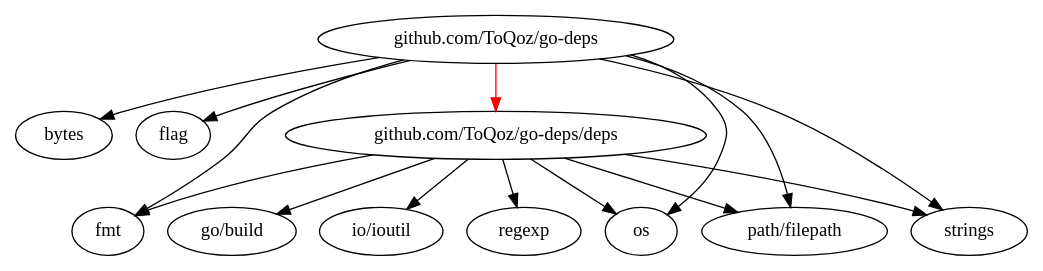
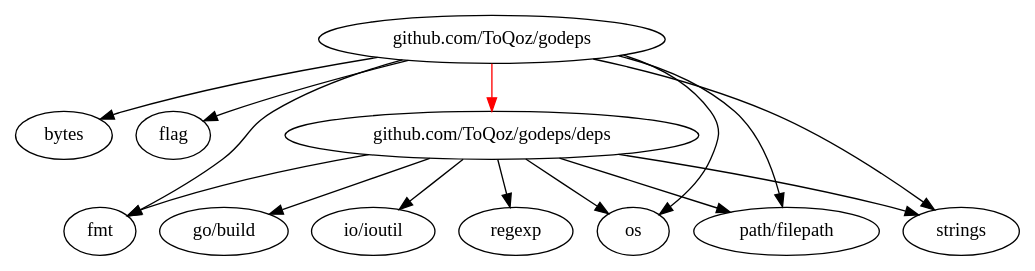
One commit to ToQoz/godeps changed the diagram in go-deps.dot. Above: the diagram before and after it, drawn with Graphviz. The commit also changed 7 other files, not shown here.

Commit message:
Rename pkg `go-deps` to `godeps`

```diff
--- a/go-deps.dot
+++ b/go-deps.dot
@@ -1,17 +1,17 @@
-digraph "go-deps-of-github.com/ToQoz/go-deps" {
+digraph "godeps-of-github.com/ToQoz/godeps" {
     size=13.0;
-    "github.com/ToQoz/go-deps" -> "bytes";
-    "github.com/ToQoz/go-deps" -> "flag";
-    "github.com/ToQoz/go-deps" -> "fmt";
-    "github.com/ToQoz/go-deps" -> "github.com/ToQoz/go-deps/deps"[color=red];
-    "github.com/ToQoz/go-deps/deps" -> "fmt";
-    "github.com/ToQoz/go-deps/deps" -> "go/build";
-    "github.com/ToQoz/go-deps/deps" -> "io/ioutil";
-    "github.com/ToQoz/go-deps/deps" -> "os";
-    "github.com/ToQoz/go-deps/deps" -> "path/filepath";
-    "github.com/ToQoz/go-deps/deps" -> "regexp";
-    "github.com/ToQoz/go-deps/deps" -> "strings";
-    "github.com/ToQoz/go-deps" -> "os";
-    "github.com/ToQoz/go-deps" -> "path/filepath";
-    "github.com/ToQoz/go-deps" -> "strings";
+    "github.com/ToQoz/godeps" -> "bytes";
+    "github.com/ToQoz/godeps" -> "flag";
+    "github.com/ToQoz/godeps" -> "fmt";
+    "github.com/ToQoz/godeps" -> "github.com/ToQoz/godeps/deps"[color=red];
+    "github.com/ToQoz/godeps/deps" -> "fmt";
+    "github.com/ToQoz/godeps/deps" -> "go/build";
+    "github.com/ToQoz/godeps/deps" -> "io/ioutil";
+    "github.com/ToQoz/godeps/deps" -> "os";
+    "github.com/ToQoz/godeps/deps" -> "path/filepath";
+    "github.com/ToQoz/godeps/deps" -> "regexp";
+    "github.com/ToQoz/godeps/deps" -> "strings";
+    "github.com/ToQoz/godeps" -> "os";
+    "github.com/ToQoz/godeps" -> "path/filepath";
+    "github.com/ToQoz/godeps" -> "strings";
 }
```
